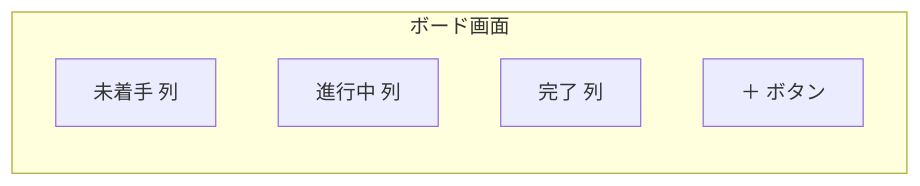
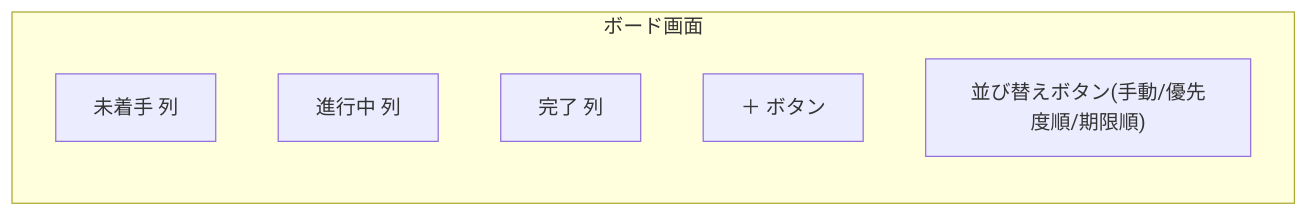
The first of 2 diagrams in docs/screens.md (jobsaida2020-arch/TaskManagement), drawn with Mermaid before and after one commit. The commit also changed other lines of this file and 5 other files, not shown here.

First line of the commit message:
列ごとの並び替え機能(優先度順/期限順/手動)を追加

````diff
--- a/docs/screens.md
+++ b/docs/screens.md
@@ -9,9 +9,10 @@
 ```mermaid
 flowchart LR
     subgraph Board["ボード画面"]
         Col1["未着手 列"]
         Col2["進行中 列"]
         Col3["完了 列"]
         AddBtn["＋ ボタン"]
+        SortBtn["並び替えボタン(手動/優先度順/期限順)"]
     end
 ```
````
